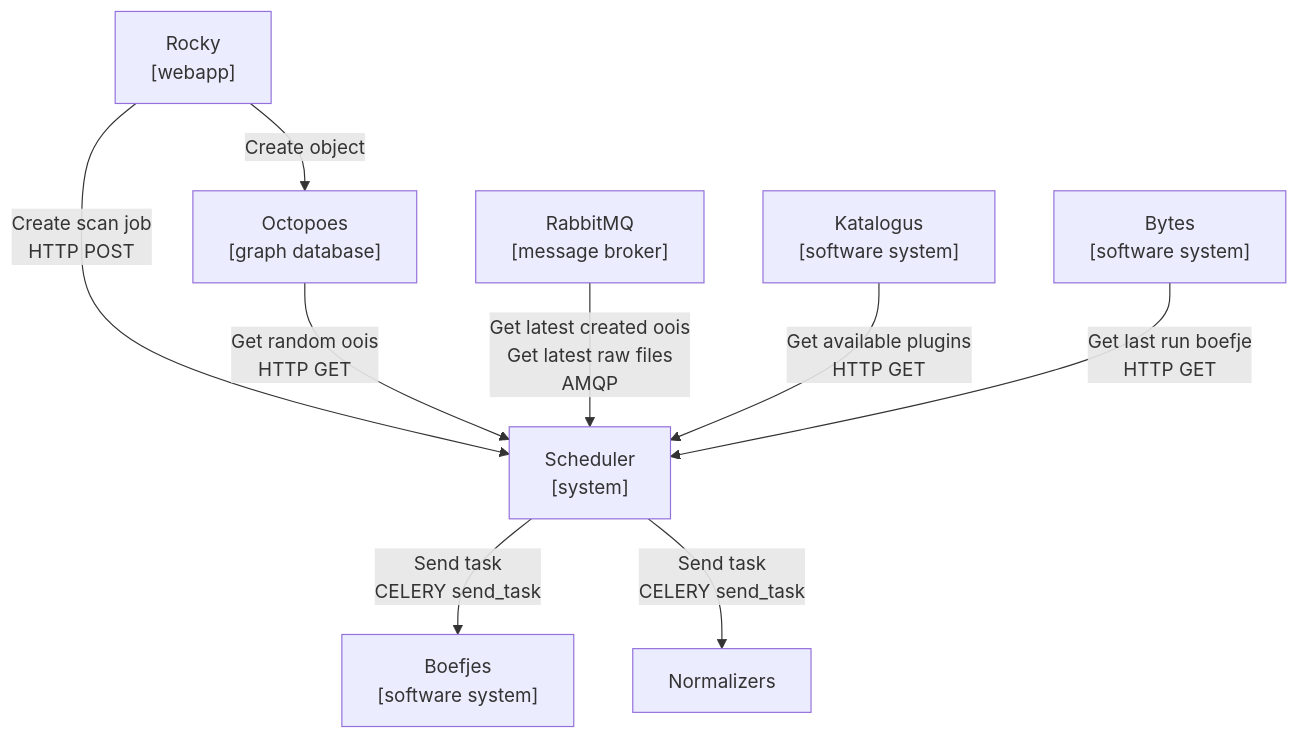
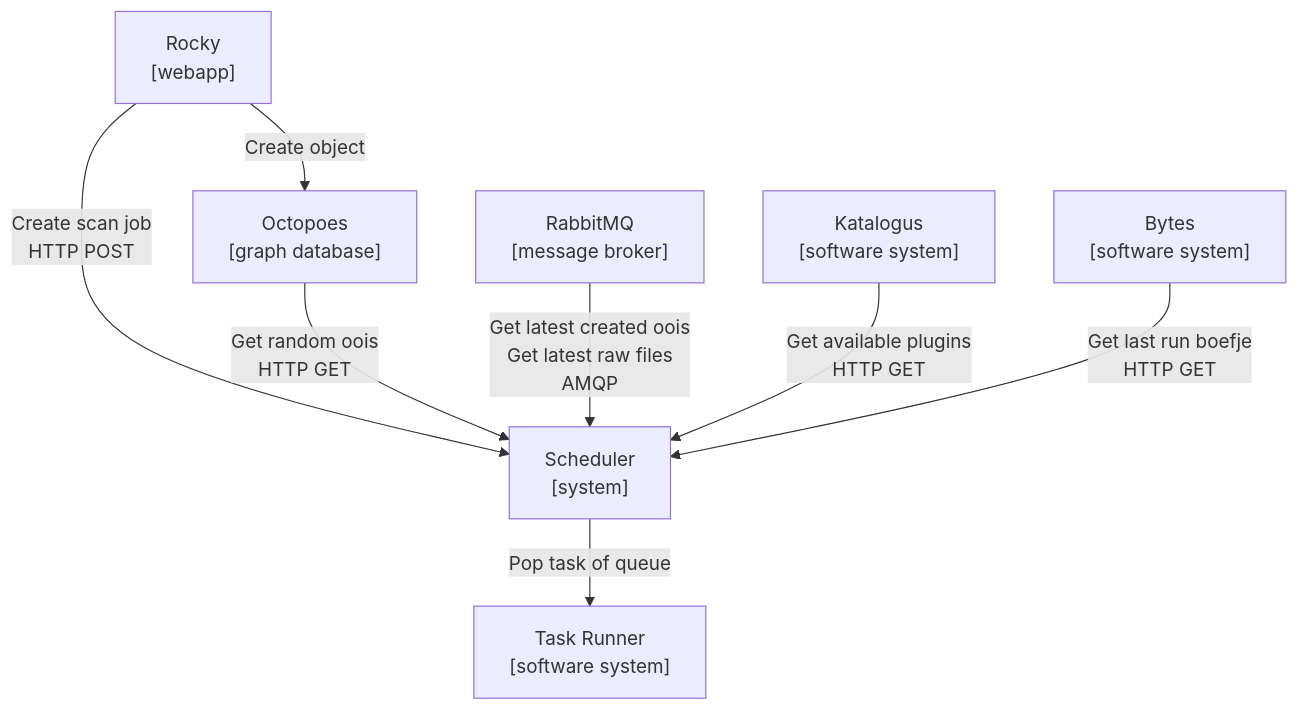
Before and after one commit to minvws/nl-kat-mula: the first of 3 diagrams in docs/design.md, drawn with Mermaid. The commit also changed other lines of this file and 14 other files, not shown here.

````diff
--- a/docs/design.md
+++ b/docs/design.md
@@ -40,24 +40,23 @@
 ```mermaid
 graph TB
     
     Rocky["Rocky<br/>[webapp]"]
     Octopoes["Octopoes<br/>[graph database]"]
     Katalogus["Katalogus<br/>[software system]"]
     Bytes["Bytes<br/>[software system]"]
-    Boefjes["Boefjes<br/>[software system]"]
+    RabbitMQ["RabbitMQ<br/>[message broker]"]
     Scheduler["Scheduler<br/>[system]"]
-    RabbitMQ["RabbitMQ<br/>[message broker]"]
+    TaskRunner["Task Runner<br/>[software system]"]
 
     Rocky--"Create object"-->Octopoes
     Rocky--"Create scan job<br/>HTTP POST"--->Scheduler
 
     Octopoes--"Get random oois<br/>HTTP GET"-->Scheduler
 
     RabbitMQ--"Get latest created oois<br/>Get latest raw files<br/>AMQP"-->Scheduler
 
     Katalogus--"Get available plugins<br/>HTTP GET"-->Scheduler
     Bytes--"Get last run boefje<br/>HTTP GET"-->Scheduler
 
-    Scheduler--"Send task<br/>CELERY send_task"-->Boefjes
-    Scheduler--"Send task<br/>CELERY send_task"-->Normalizers
+    Scheduler--"Pop task of queue"-->TaskRunner
 ```
````
